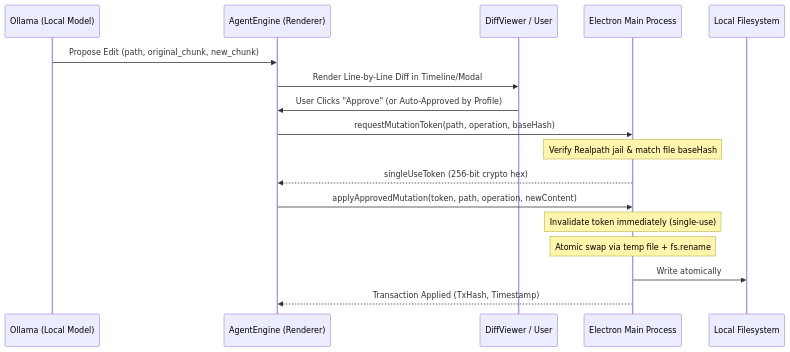
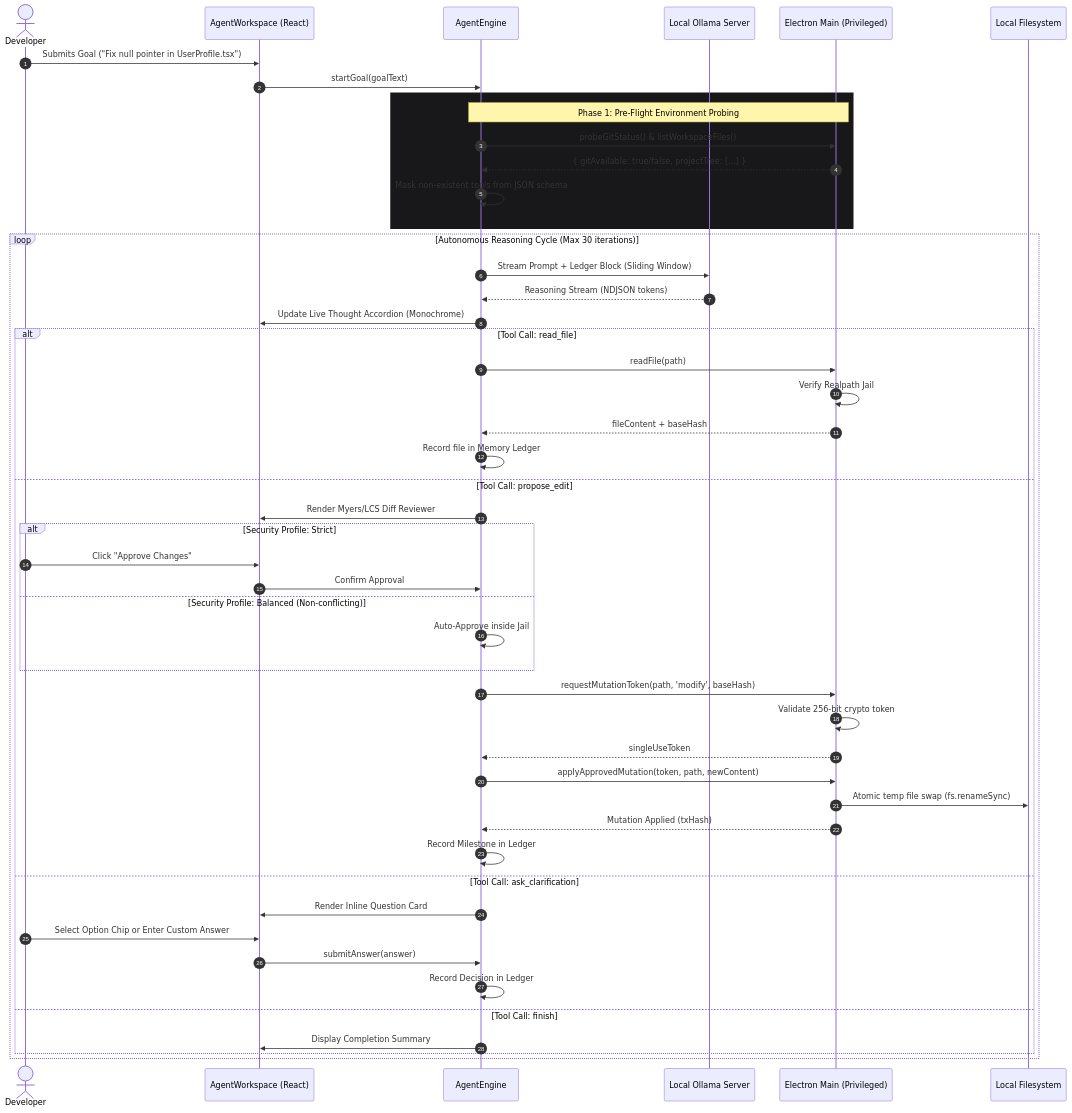
One commit to daristanapeyvan/emircode changed the diagram in ARCHITECTURE.md. Above: the diagram before and after it, drawn with Mermaid. The commit also changed other lines of this file and 11 other files, not shown here.

Commit message:
docs: add comprehensive architecture, examples, and GitHub workflows

````diff
--- a/ARCHITECTURE.md
+++ b/ARCHITECTURE.md
@@ -74,20 +78,56 @@
 ```mermaid
 sequenceDiagram
-    participant LLM as Ollama (Local Model)
-    participant Engine as AgentEngine (Renderer)
-    participant UI as DiffViewer / User
-    participant Main as Electron Main Process
+    autonumber
+    actor Dev as Developer
+    participant UI as AgentWorkspace (React)
+    participant Engine as AgentEngine
+    participant Ollama as Local Ollama Server
+    participant Main as Electron Main (Privileged)
     participant Disk as Local Filesystem
 
-    LLM->>Engine: Propose Edit (path, original_chunk, new_chunk)
-    Engine->>UI: Render Line-by-Line Diff in Timeline/Modal
-    UI->>Engine: User Clicks "Approve" (or Auto-Approved by Profile)
-    Engine->>Main: requestMutationToken(path, operation, baseHash)
-    Note over Main: Verify Realpath jail & match file baseHash
-    Main-->>Engine: singleUseToken (256-bit crypto hex)
-    Engine->>Main: applyApprovedMutation(token, path, operation, newContent)
-    Note over Main: Invalidate token immediately (single-use)
-    Note over Main: Atomic swap via temp file + fs.rename
-    Main->>Disk: Write atomically
-    Main-->>Engine: Transaction Applied (TxHash, Timestamp)
+    Dev->>UI: Submits Goal ("Fix null pointer in UserProfile.tsx")
+    UI->>Engine: startGoal(goalText)
+    
+    rect rgb(24, 24, 27)
+        Note over Engine,Main: Phase 1: Pre-Flight Environment Probing
+        Engine->>Main: probeGitStatus() & listWorkspaceFiles()
+        Main-->>Engine: { gitAvailable: true/false, projectTree: [...] }
+        Engine->>Engine: Mask non-existent tools from JSON schema
+    end
+
+    loop Autonomous Reasoning Cycle (Max 30 iterations)
+        Engine->>Ollama: Stream Prompt + Ledger Block (Sliding Window)
+        Ollama-->>Engine: Reasoning Stream (NDJSON tokens)
+        Engine->>UI: Update Live Thought Accordion (Monochrome)
+        
+        alt Tool Call: read_file
+            Engine->>Main: readFile(path)
+            Main->>Main: Verify Realpath Jail
+            Main-->>Engine: fileContent + baseHash
+            Engine->>Engine: Record file in Memory Ledger
+        else Tool Call: propose_edit
+            Engine->>UI: Render Myers/LCS Diff Reviewer
+            alt Security Profile: Strict
+                Dev->>UI: Click "Approve Changes"
+                UI->>Engine: Confirm Approval
+            else Security Profile: Balanced (Non-conflicting)
+                Engine->>Engine: Auto-Approve inside Jail
+            end
+            
+            Engine->>Main: requestMutationToken(path, 'modify', baseHash)
+            Main->>Main: Validate 256-bit crypto token
+            Main-->>Engine: singleUseToken
+            Engine->>Main: applyApprovedMutation(token, path, newContent)
+            Main->>Disk: Atomic temp file swap (fs.renameSync)
+            Main-->>Engine: Mutation Applied (txHash)
+            Engine->>Engine: Record Milestone in Ledger
+        else Tool Call: ask_clarification
+            Engine->>UI: Render Inline Question Card
+            Dev->>UI: Select Option Chip or Enter Custom Answer
+            UI->>Engine: submitAnswer(answer)
+            Engine->>Engine: Record Decision in Ledger
+        else Tool Call: finish
+            Engine->>UI: Display Completion Summary
+        end
+    end
 ```
````
